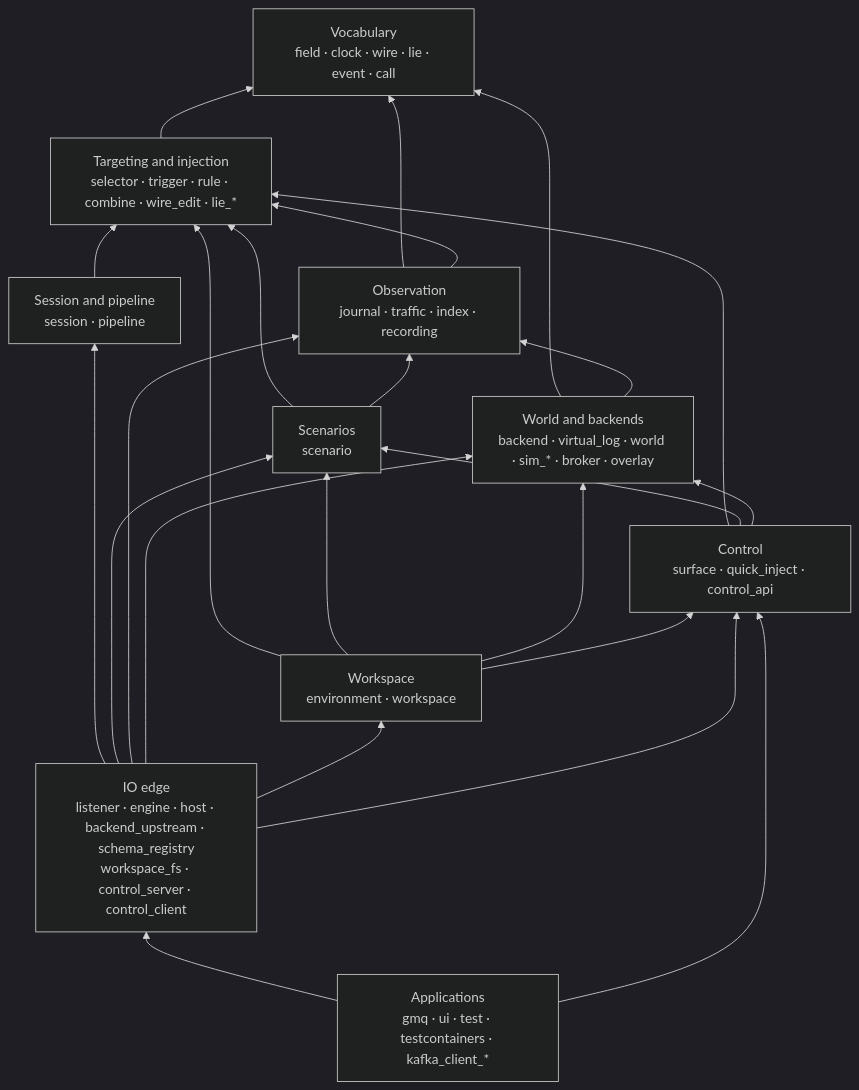
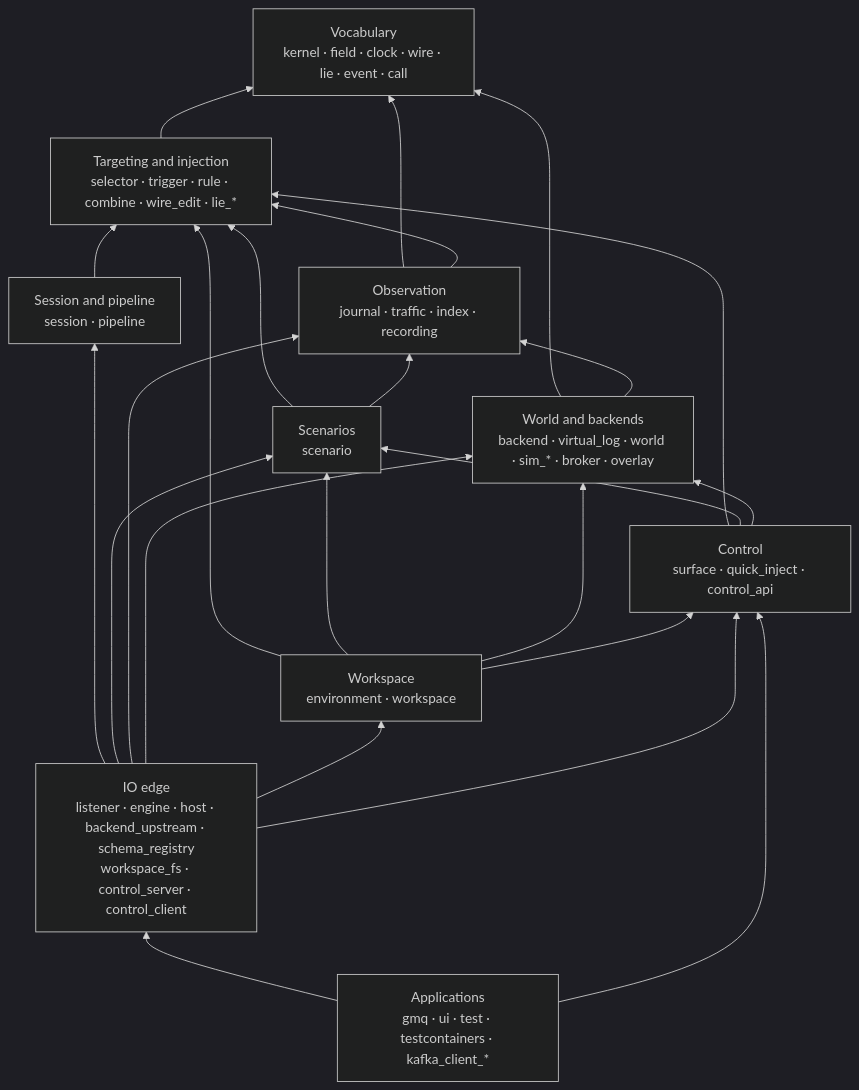
One commit to cruxy-eu/gaslightmq changed the diagram in docs/specs/architecture/crates.md. Above: the diagram before and after it, drawn with Mermaid (dark theme). The commit also changed other lines of this file and 24 other files, not shown here.

````diff
--- a/docs/specs/architecture/crates.md
+++ b/docs/specs/architecture/crates.md
@@ -45,37 +45,37 @@
 ```mermaid
 flowchart BT
-  V["Vocabulary<br/>field · clock · wire · lie · event · call"]
+  V["Vocabulary<br/>kernel · field · clock · wire · lie · event · call"]
   T["Targeting and injection<br/>selector · trigger · rule · combine · wire_edit · lie_*"]
   P["Session and pipeline<br/>session · pipeline"]
   S["Scenarios<br/>scenario"]
   O["Observation<br/>journal · traffic · index · recording"]
   W["World and backends<br/>backend · virtual_log · world · sim_* · broker · overlay"]
   F["Workspace<br/>environment · workspace"]
   C["Control<br/>surface · quick_inject · control_api"]
   IO["IO edge<br/>listener · engine · host · backend_upstream · schema_registry<br/>workspace_fs · control_server · control_client"]
   A["Applications<br/>gmq · ui · test · testcontainers · kafka_client_*"]
 
   T --> V
   P --> T
   S --> T
   S --> O
   O --> V
   O --> T
   W --> V
   W --> O
   F --> T
   F --> S
   F --> W
   F --> C
   C --> T
   C --> S
   C --> W
   IO --> P
   IO --> S
   IO --> O
   IO --> W
   IO --> F
   IO --> C
   A --> IO
   A --> C
 ```
````
